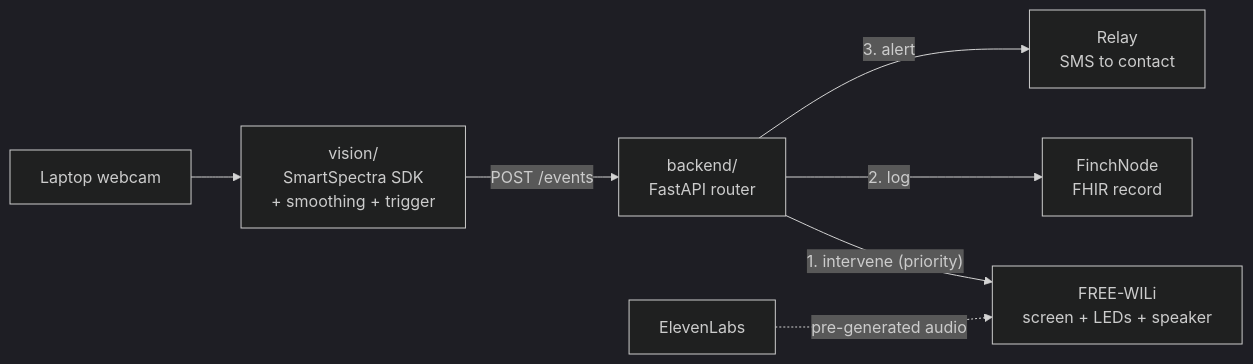
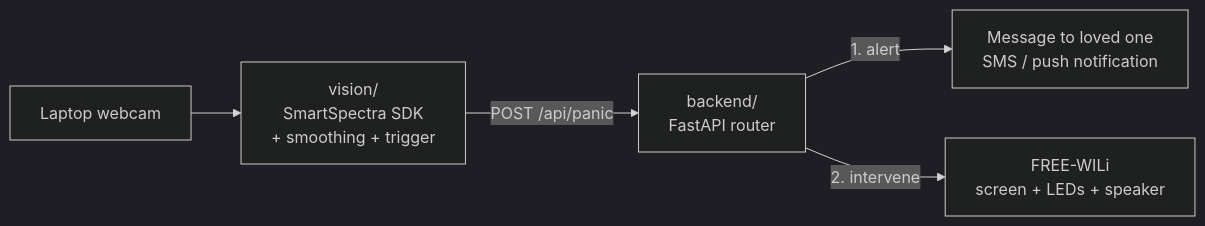
One commit to jdiry/AuraSense changed the diagram in README.md. Above: the diagram before and after it, drawn with Mermaid (dark theme). The commit also changed other lines of this file and 16 other files, not shown here.

````diff
--- a/README.md
+++ b/README.md
@@ -13,9 +13,7 @@
 ```mermaid
 flowchart LR
     CAM[Laptop webcam] --> VIS[vision/<br/>SmartSpectra SDK<br/>+ smoothing + trigger]
-    VIS -- "POST /events" --> API[backend/<br/>FastAPI router]
-    API -- "1. intervene (priority)" --> DEV[FREE-WILi<br/>screen + LEDs + speaker]
-    API -- "2. log" --> FIN[FinchNode<br/>FHIR record]
-    API -- "3. alert" --> REL[Relay<br/>SMS to contact]
-    EL[ElevenLabs] -. "pre-generated audio" .-> DEV
+    VIS -- "POST /api/panic" --> API[backend/<br/>FastAPI router]
+    API -- "1. alert" --> REL[Message to loved one<br/>SMS / push notification]
+    API -- "2. intervene" --> DEV[FREE-WILi<br/>screen + LEDs + speaker]
 ```
````
